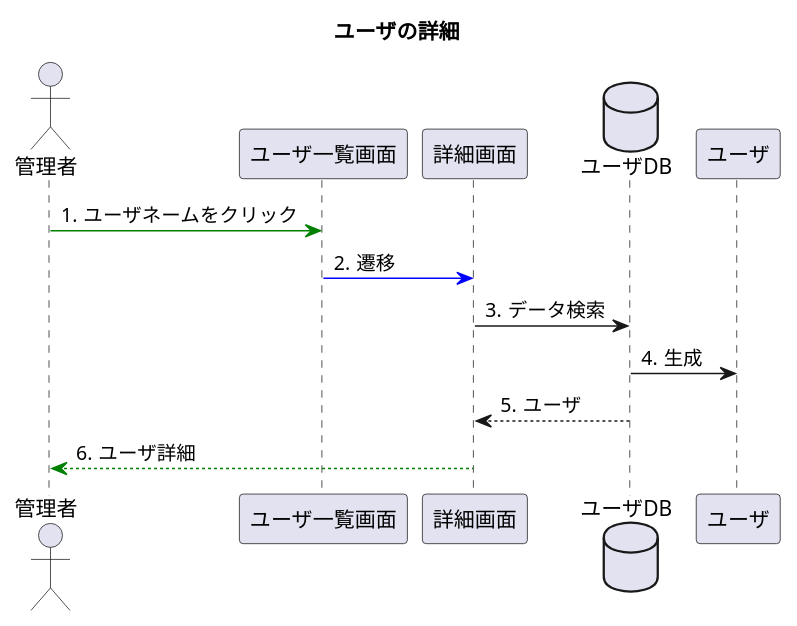
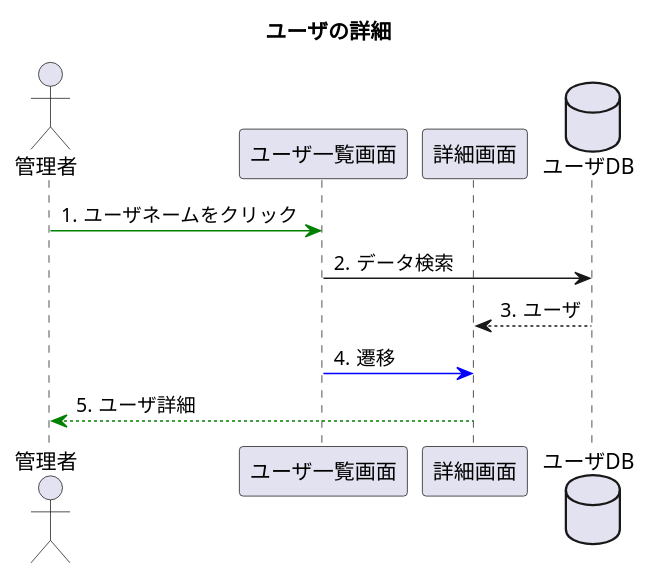
One commit to toufu66/ProjectC changed the diagram in uml/seq_detail.pu. Above: the diagram before and after it, drawn with PlantUML.

Commit message:
シーケンス図 ユーザ詳細

```diff
--- a/uml/seq_detail.pu
+++ b/uml/seq_detail.pu
@@ -1,19 +1,18 @@
 @startuml
 title ユーザの詳細
 
 autonumber "#."
 
 actor 管理者
 participant ユーザ一覧画面
 participant 詳細画面
 database ユーザDB
-participant ユーザ
 
 管理者 -[#green]> ユーザ一覧画面:ユーザネームをクリック
+
+ユーザ一覧画面 -> ユーザDB:データ検索
+ユーザDB --> 詳細画面:ユーザ
 ユーザ一覧画面 -[#blue]> 詳細画面:遷移
-詳細画面 -> ユーザDB:データ検索
-ユーザDB -> ユーザ:生成
-ユーザDB --> 詳細画面:ユーザ
 詳細画面 --[#green]> 管理者:ユーザ詳細
 
 @enduml
```
